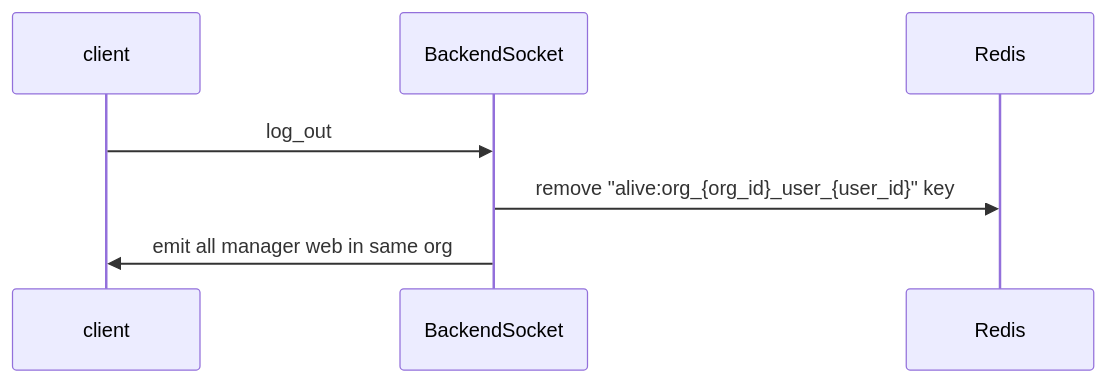
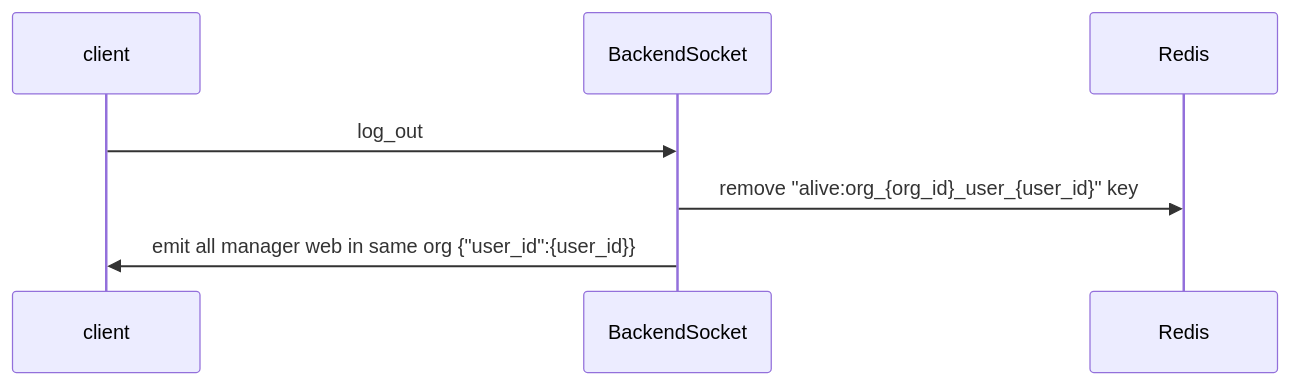
The eighth of 8 diagrams in socket_event.md (claire0613/ocelot_docs), drawn with Mermaid before and after one commit. The commit also changed other lines of this file, not shown here.

````diff
--- a/socket_event.md
+++ b/socket_event.md
@@ -186,12 +187,12 @@
 ```mermaid
 sequenceDiagram
 
     participant A as client
     participant B as BackendSocket
     participant R as Redis
 
     A->>B: log_out
-    B->>R:remove "alive:org_{org_id}_user_{user_id}" key
-    B->>A: emit all manager web in same org
+    B->>R: remove "alive:org_{org_id}_user_{user_id}" key
+    B->>A: emit all manager web in same org  {"user_id":{user_id}}
 
 ```
````
